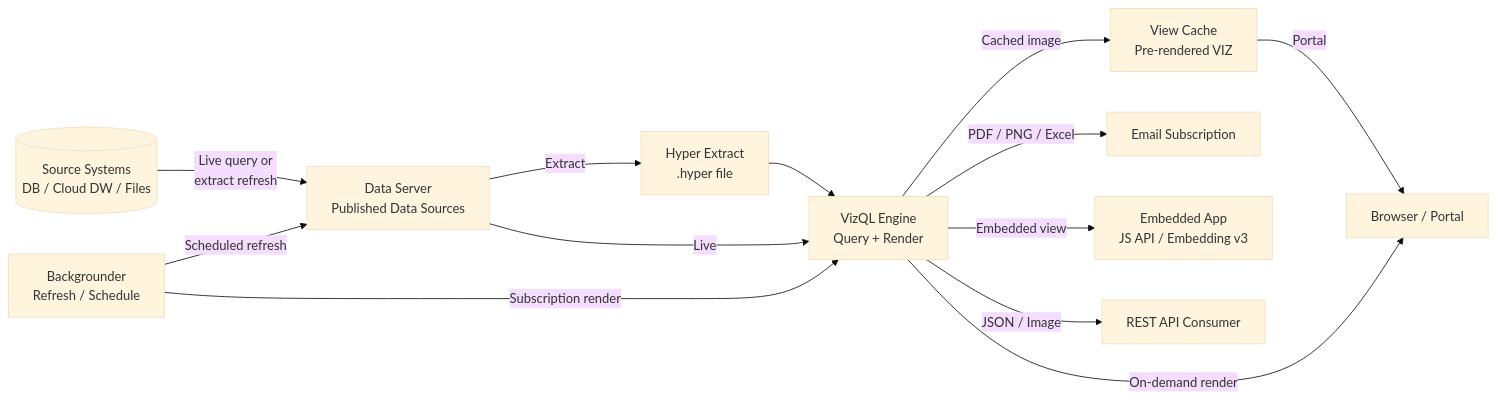
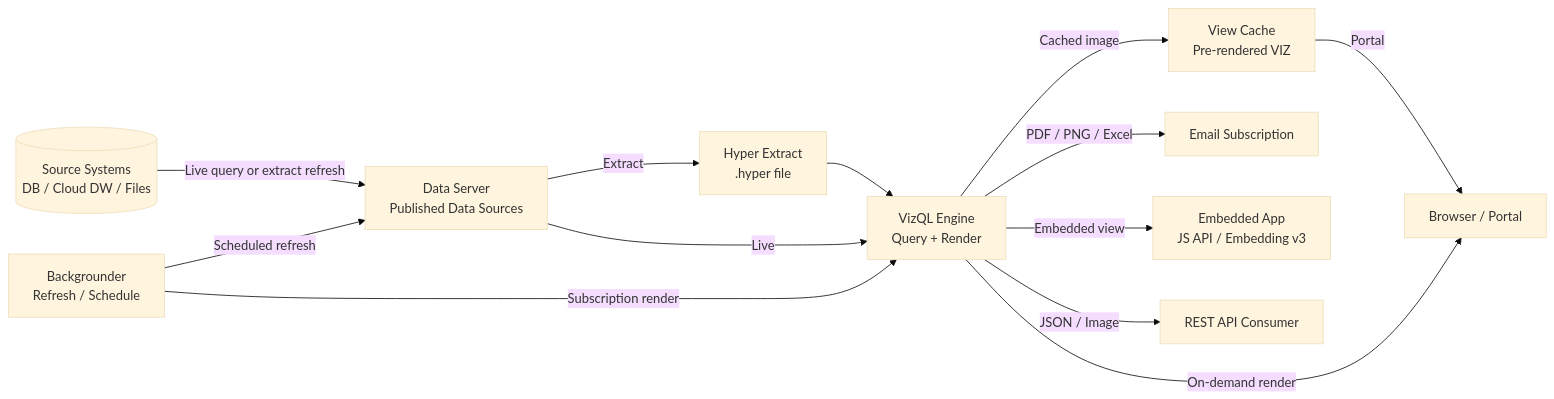
The second of 2 diagrams in docs/bi/tableau.md (DataTechBridge-Projects/databricks-trainer), drawn with Mermaid (base theme) before and after one commit. The commit also changed other lines of this file, not shown here.

````diff
--- a/docs/bi/tableau.md
+++ b/docs/bi/tableau.md
@@ -59,23 +59,23 @@
 ```mermaid
 flowchart LR
-    SRC[(Source Systems<br/>DB / Cloud DW / Files)]
-    DS[Data Server<br/>Published Data Sources]
-    EXT[Hyper Extract<br/>.hyper file]
-    VizQL[VizQL Engine<br/>Query + Render]
-    BGW[Backgrounder<br/>Refresh / Schedule]
-    CACHE[View Cache<br/>Pre-rendered VIZ]
+    SRC[("Source Systems<br>DB / Cloud DW / Files")]
+    DS["Data Server<br>Published Data Sources"]
+    EXT["Hyper Extract<br>.hyper file"]
+    VizQL["VizQL Engine<br>Query + Render"]
+    BGW["Backgrounder<br>Refresh / Schedule"]
+    CACHE["View Cache<br>Pre-rendered VIZ"]
 
-    SRC -->|Live query or<br/>extract refresh| DS
+    SRC -->|"Live query or extract refresh"| DS
     DS -->|Extract| EXT
     EXT --> VizQL
     DS -->|Live| VizQL
-    BGW -->|Scheduled refresh| DS
-    BGW -->|Subscription render| VizQL
-    VizQL -->|Cached image| CACHE
+    BGW -->|"Scheduled refresh"| DS
+    BGW -->|"Subscription render"| VizQL
+    VizQL -->|"Cached image"| CACHE
 
-    CACHE -->|Portal| Browser[Browser / Portal]
-    VizQL -->|On-demand render| Browser
-    VizQL -->|PDF / PNG / Excel| Email[Email Subscription]
-    VizQL -->|Embedded view| EMB[Embedded App<br/>JS API / Embedding v3]
-    VizQL -->|JSON / Image| RESTAPI[REST API Consumer]
+    CACHE -->|Portal| Browser["Browser / Portal"]
+    VizQL -->|"On-demand render"| Browser
+    VizQL -->|"PDF / PNG / Excel"| Email["Email Subscription"]
+    VizQL -->|"Embedded view"| EMB["Embedded App<br>JS API / Embedding v3"]
+    VizQL -->|"JSON / Image"| RESTAPI["REST API Consumer"]
 ```
````
